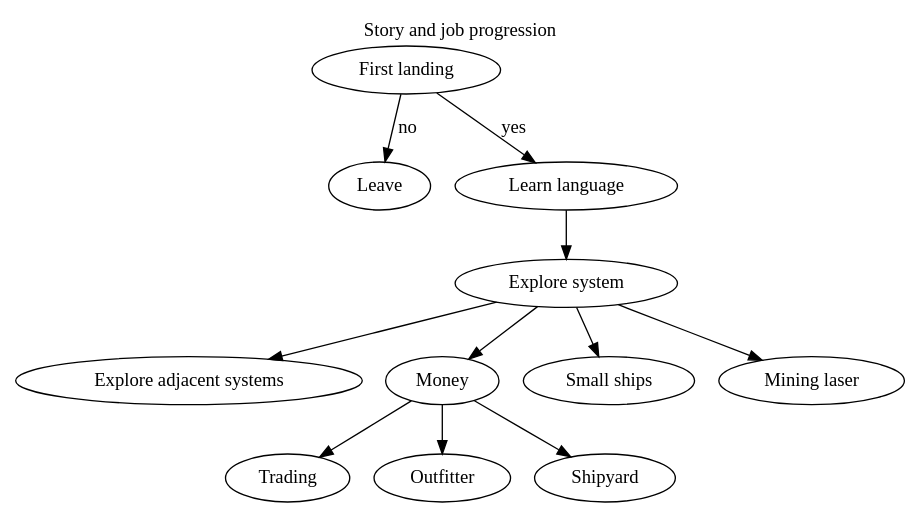
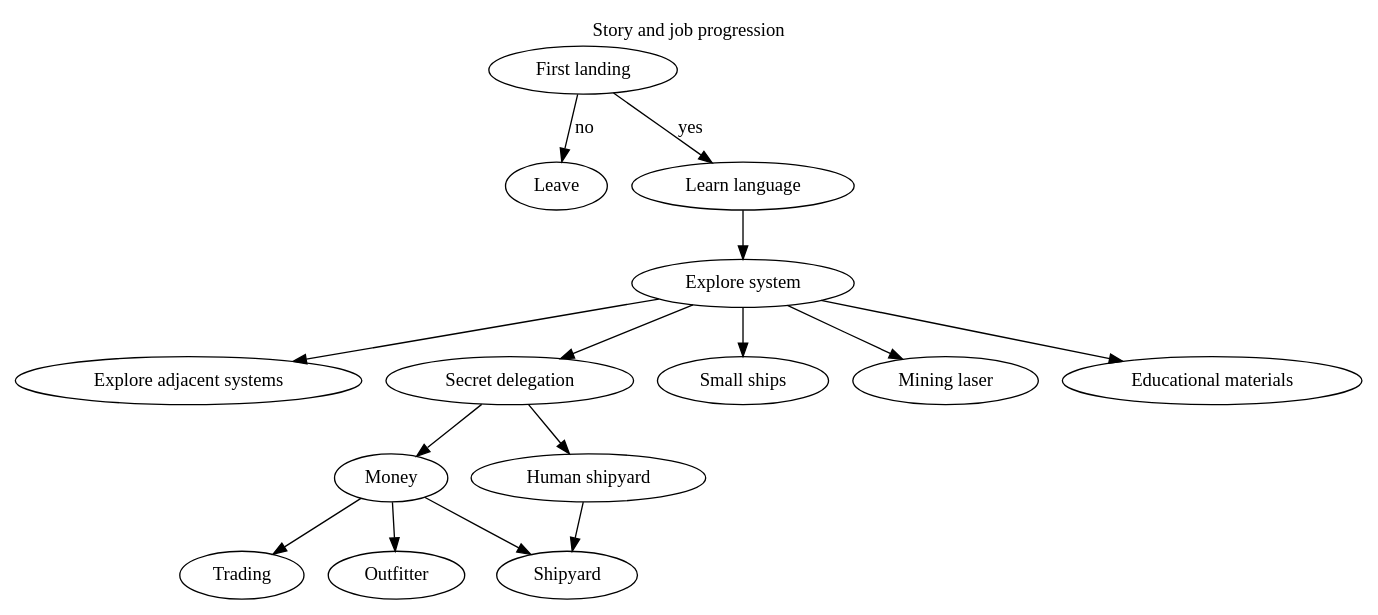
Before and after one commit to dennistribe/es-low-tech-worlds: the diagram in planning/story.dot, drawn with Graphviz. The commit also changed 2 other files, not shown here.

Commit message:
Added a document for general notes on the thinking behind the story, to guide story writing. Also improved story diagram.

```diff
--- a/planning/story.dot
+++ b/planning/story.dot
@@ -1,14 +1,15 @@
 // Outline of story
 
 digraph {
 	label = "Story and job progression"
 	labelloc = "t"
 	
 	// Story
 	"First landing" -> Leave [label = "no"]
 	"First landing" -> "Learn language" [label = "yes"]
 	"Learn language" -> "Explore system"
-	"Explore system" -> {"Explore adjacent systems",Money,"Small ships","Mining laser"}
-	Money -> {Trading,Outfitter,Shipyard}
+	"Explore system" -> {"Explore adjacent systems","Secret delegation","Small ships","Mining laser","Educational materials"}
+	"Secret delegation" -> {Money,"Human shipyard"} -> Shipyard
+	Money -> {Trading,Outfitter}
 	
 	}
```
